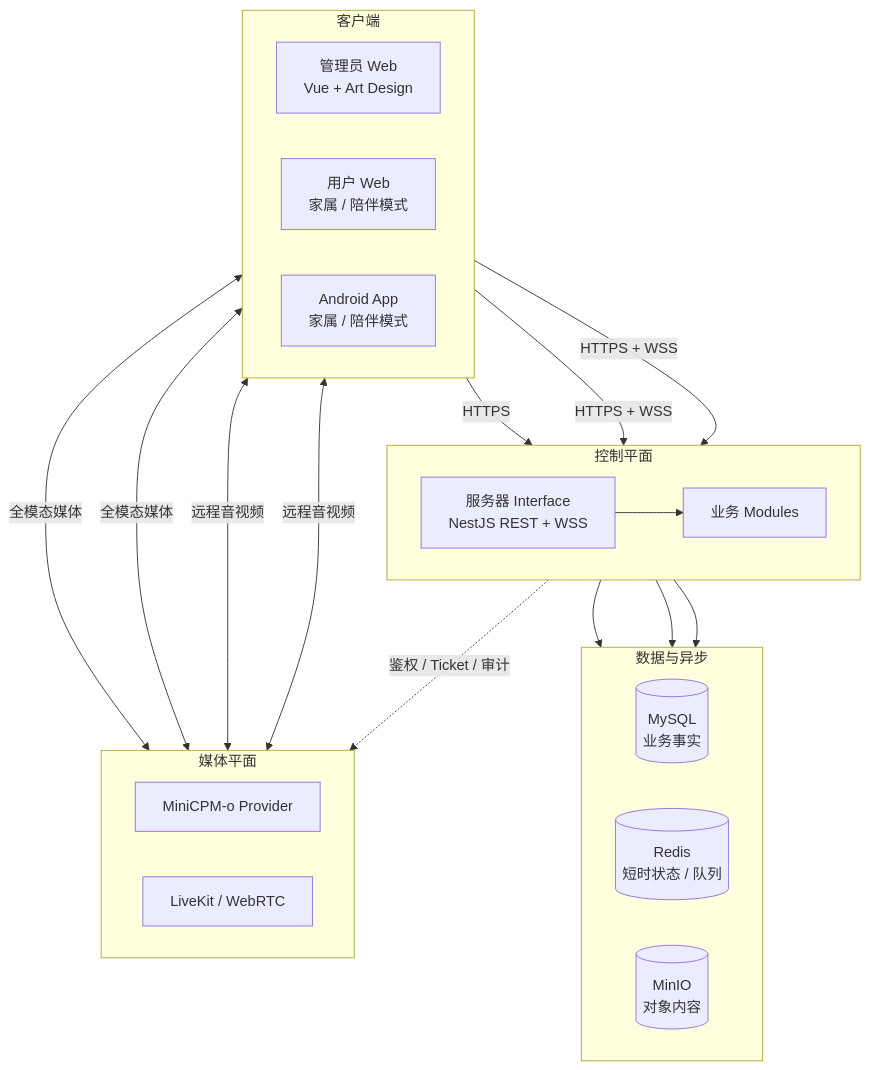
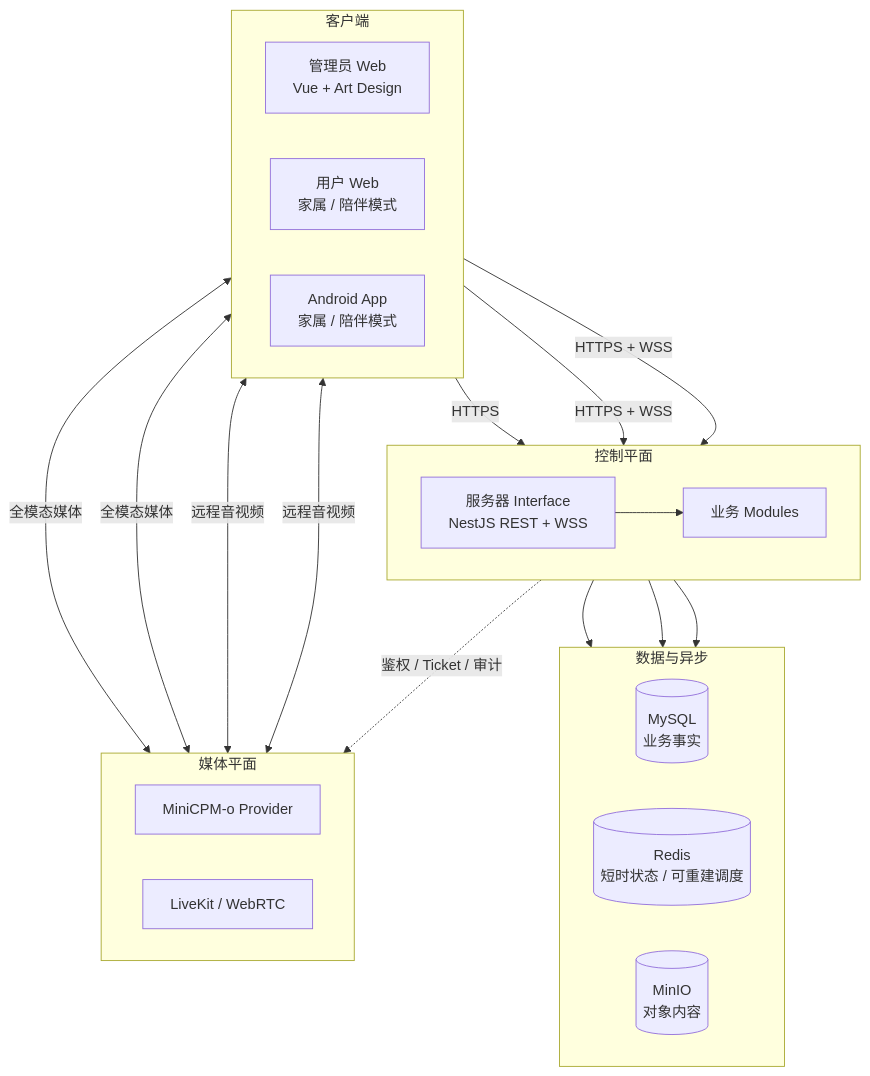
Before and after one commit to SunJianBai/memory-lighthouse: the diagram in docs/refactor/02-system-architecture.md, drawn with Mermaid. The commit also changed other lines of this file and 87 other files, not shown here.

````diff
--- a/docs/refactor/02-system-architecture.md
+++ b/docs/refactor/02-system-architecture.md
@@ -7,39 +7,39 @@
 ```mermaid
 flowchart TB
   subgraph Clients[客户端]
     direction LR
     Admin[管理员 Web<br/>Vue + Art Design]
     Web[用户 Web<br/>家属 / 陪伴模式]
     Android[Android App<br/>家属 / 陪伴模式]
   end
 
   subgraph Control[控制平面]
     direction LR
     API[服务器 Interface<br/>NestJS REST + WSS] --> Modules[业务 Modules]
   end
 
   subgraph Data[数据与异步]
     direction LR
     MySQL[(MySQL<br/>业务事实)]
-    Redis[(Redis<br/>短时状态 / 队列)]
+    Redis[(Redis<br/>短时状态 / 可重建调度)]
     MinIO[(MinIO<br/>对象内容)]
   end
 
   subgraph Media[媒体平面]
     direction LR
     Model[MiniCPM-o Provider]
     RTC[LiveKit / WebRTC]
   end
 
   Admin -->|HTTPS| API
   Web -->|HTTPS + WSS| API
   Android -->|HTTPS + WSS| API
   Modules --> MySQL
   Modules --> Redis
   Modules --> MinIO
   Web <-->|全模态媒体| Model
   Android <-->|全模态媒体| Model
   Web <-->|远程音视频| RTC
   Android <-->|远程音视频| RTC
   API -.->|鉴权 / Ticket / 审计| RTC
 ```
````
